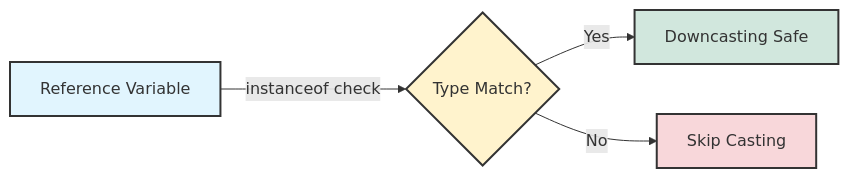
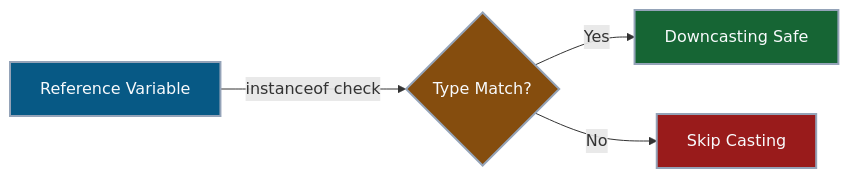
The first of 2 diagrams in _posts/java/06-Polymorphism-다형성/2026-01-04-다운캐스팅.md (Kang-Hyesung/kang-hyesung.github.io), drawn with Mermaid before and after one commit. The commit also changed other lines of this file and 74 other files, not shown here.

Commit message:
docs: update post visibility and mermaid colors

````diff
--- a/_posts/java/06-Polymorphism-다형성/2026-01-04-다운캐스팅.md
+++ b/_posts/java/06-Polymorphism-다형성/2026-01-04-다운캐스팅.md
@@ -36,12 +36,12 @@
 ```mermaid
 flowchart LR
     A["Reference Variable"] -->|instanceof check| B{"Type Match?"}
     B -- Yes --> C["Downcasting Safe"]
     B -- No --> D["Skip Casting"]
 
-    style A fill:#e1f5fe,stroke:#333,stroke-width:2px
-    style B fill:#fff3cd,stroke:#333,stroke-width:2px
-    style C fill:#d1e7dd,stroke:#333,stroke-width:2px
-    style D fill:#f8d7da,stroke:#333,stroke-width:2px
+    style A fill:#075985,stroke:#94a3b8,stroke-width:2px,color:#f8fafc
+    style B fill:#854d0e,stroke:#94a3b8,stroke-width:2px,color:#f8fafc
+    style C fill:#166534,stroke:#94a3b8,stroke-width:2px,color:#f8fafc
+    style D fill:#991b1b,stroke:#94a3b8,stroke-width:2px,color:#f8fafc
 
 ```
````
